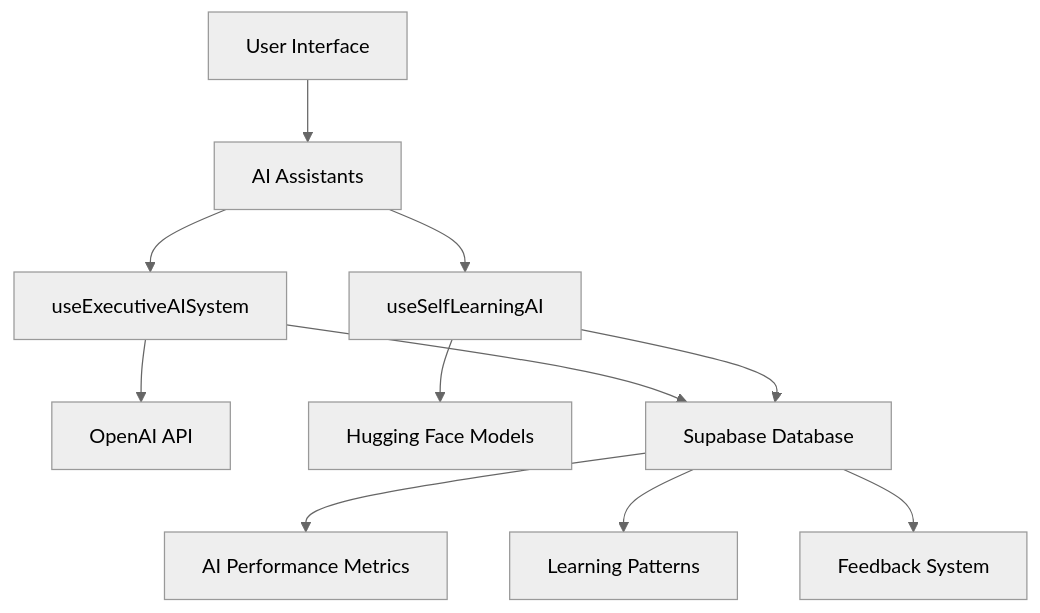
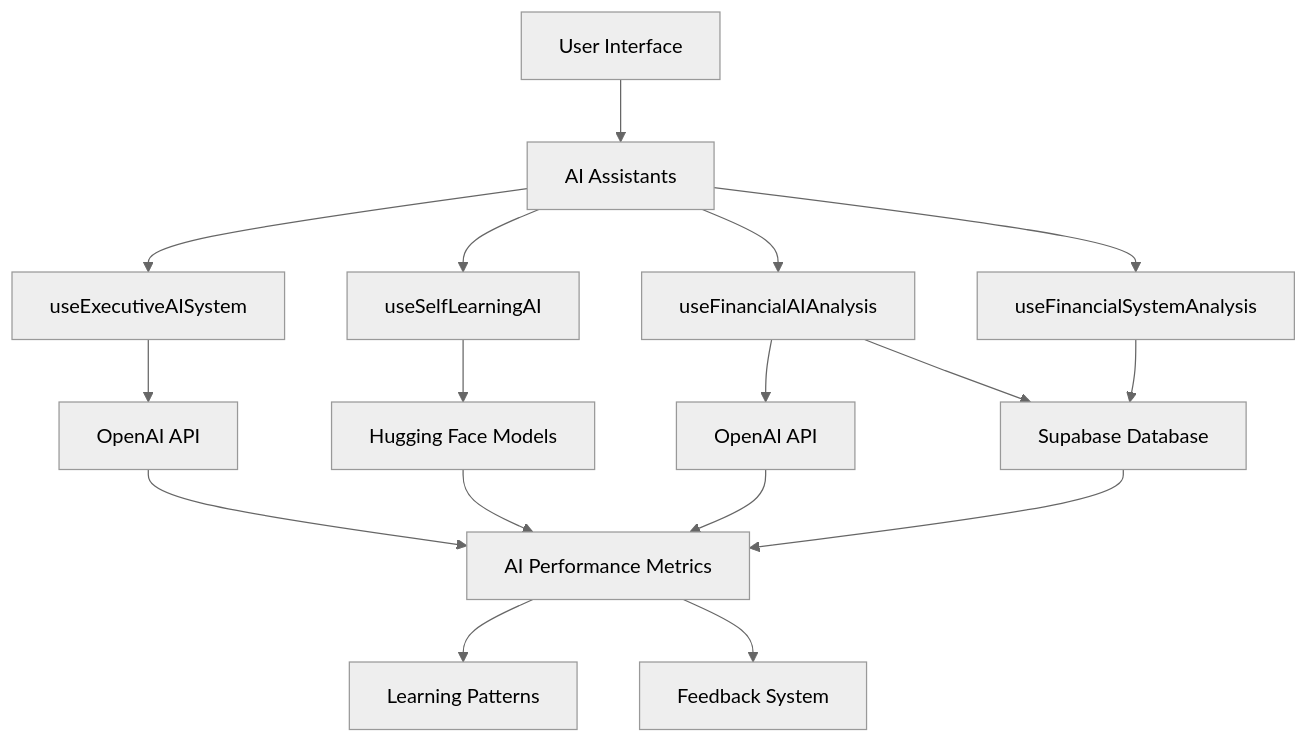
The first of 7 diagrams in .qoder/repowiki/en/content/AI System.md (khamis1992/fleetifyapp), drawn with Mermaid (neutral theme) before and after one commit. The commit also changed other lines of this file and 20 other files, not shown here.

````diff
--- a/.qoder/repowiki/en/content/AI System.md
+++ b/.qoder/repowiki/en/content/AI System.md
@@ -34,13 +54,19 @@
 ```mermaid
 graph TB
 A[User Interface] --> B[AI Assistants]
 B --> C[useExecutiveAISystem]
 B --> D[useSelfLearningAI]
-C --> E[OpenAI API]
-D --> F[Hugging Face Models]
-C --> G[Supabase Database]
-D --> G
-G --> H[AI Performance Metrics]
-G --> I[Learning Patterns]
-G --> J[Feedback System]
+B --> E[useFinancialAIAnalysis]
+B --> F[useFinancialSystemAnalysis]
+C --> G[OpenAI API]
+D --> H[Hugging Face Models]
+E --> I[OpenAI API]
+F --> J[Supabase Database]
+E --> J
+G --> K[AI Performance Metrics]
+H --> K
+I --> K
+J --> K
+K --> L[Learning Patterns]
+K --> M[Feedback System]
 ```
````
